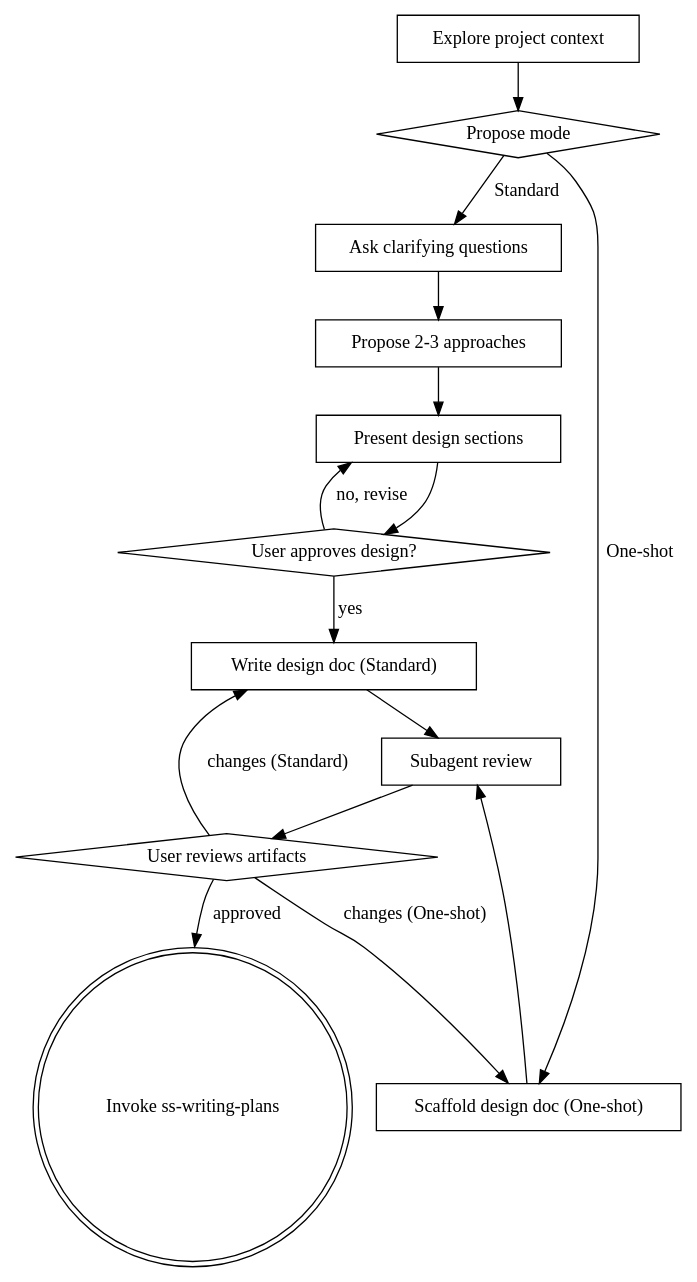
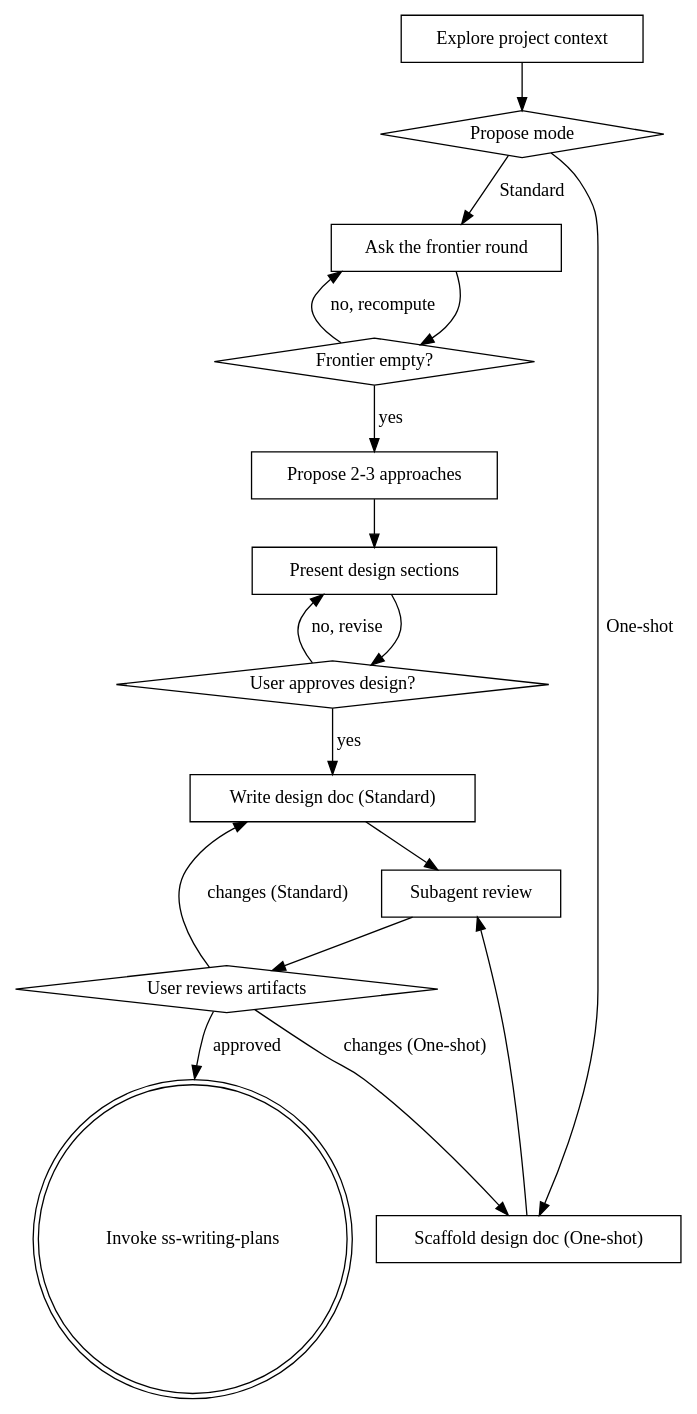
Before and after one commit to CoyoteLeo/superspec: the diagram in skills/ss-brainstorming/SKILL.md, drawn with Graphviz. The commit also changed other lines of this file, not shown here.

First line of the commit message:
feat(brainstorming): ask the frontier in rounds instead of one question per message

````diff
--- a/skills/ss-brainstorming/SKILL.md
+++ b/skills/ss-brainstorming/SKILL.md
@@ -106,30 +106,33 @@
 ```dot
 digraph brainstorming {
     "Explore project context" [shape=box];
     "Propose mode" [shape=diamond];
-    "Ask clarifying questions" [shape=box];
+    "Ask the frontier round" [shape=box];
+    "Frontier empty?" [shape=diamond];
     "Propose 2-3 approaches" [shape=box];
     "Present design sections" [shape=box];
     "User approves design?" [shape=diamond];
     "Write design doc (Standard)" [shape=box];
     "Scaffold design doc (One-shot)" [shape=box];
     "Subagent review" [shape=box];
     "User reviews artifacts" [shape=diamond];
     "Invoke ss-writing-plans" [shape=doublecircle];
 
     "Explore project context" -> "Propose mode";
-    "Propose mode" -> "Ask clarifying questions" [label="Standard"];
+    "Propose mode" -> "Ask the frontier round" [label="Standard"];
     "Propose mode" -> "Scaffold design doc (One-shot)" [label="One-shot"];
-    "Ask clarifying questions" -> "Propose 2-3 approaches";
+    "Ask the frontier round" -> "Frontier empty?";
+    "Frontier empty?" -> "Ask the frontier round" [label="no, recompute"];
+    "Frontier empty?" -> "Propose 2-3 approaches" [label="yes"];
     "Propose 2-3 approaches" -> "Present design sections";
     "Present design sections" -> "User approves design?";
     "User approves design?" -> "Present design sections" [label="no, revise"];
     "User approves design?" -> "Write design doc (Standard)" [label="yes"];
     "Write design doc (Standard)" -> "Subagent review";
     "Scaffold design doc (One-shot)" -> "Subagent review";
     "Subagent review" -> "User reviews artifacts";
     "User reviews artifacts" -> "Write design doc (Standard)" [label="changes (Standard)"];
     "User reviews artifacts" -> "Scaffold design doc (One-shot)" [label="changes (One-shot)"];
     "User reviews artifacts" -> "Invoke ss-writing-plans" [label="approved"];
 }
 ```
````
